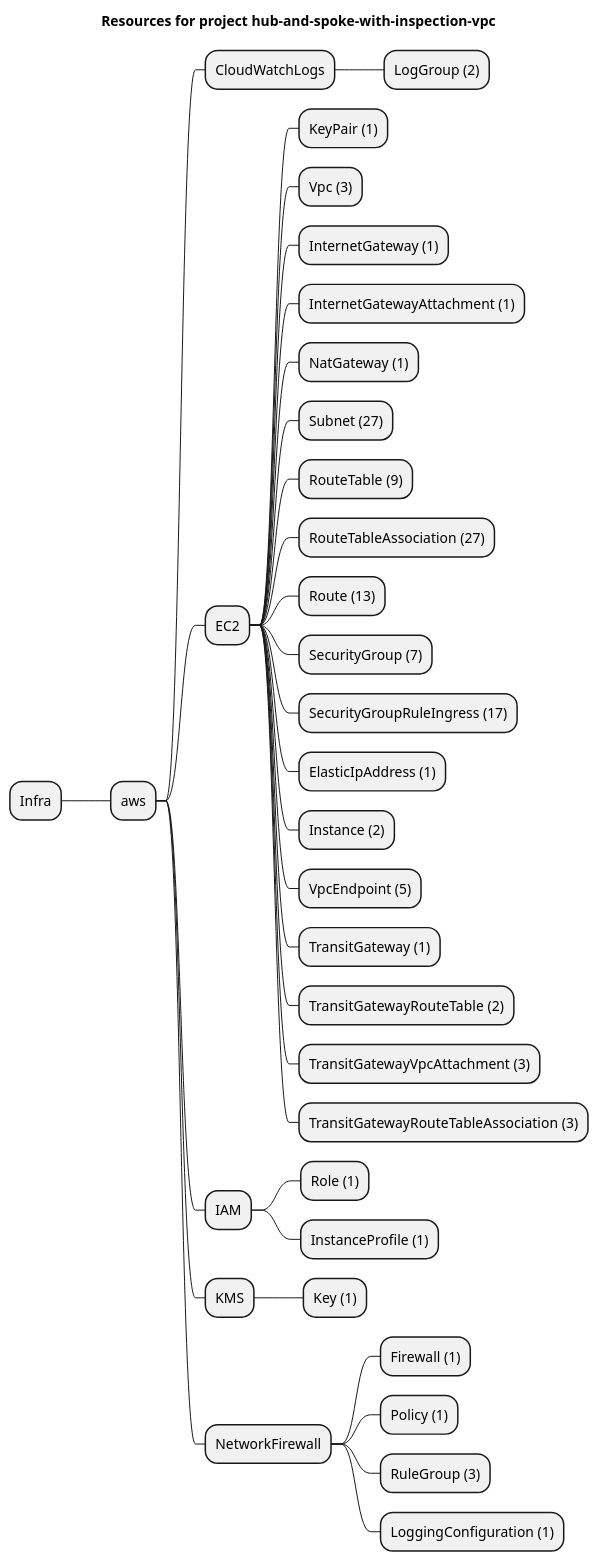
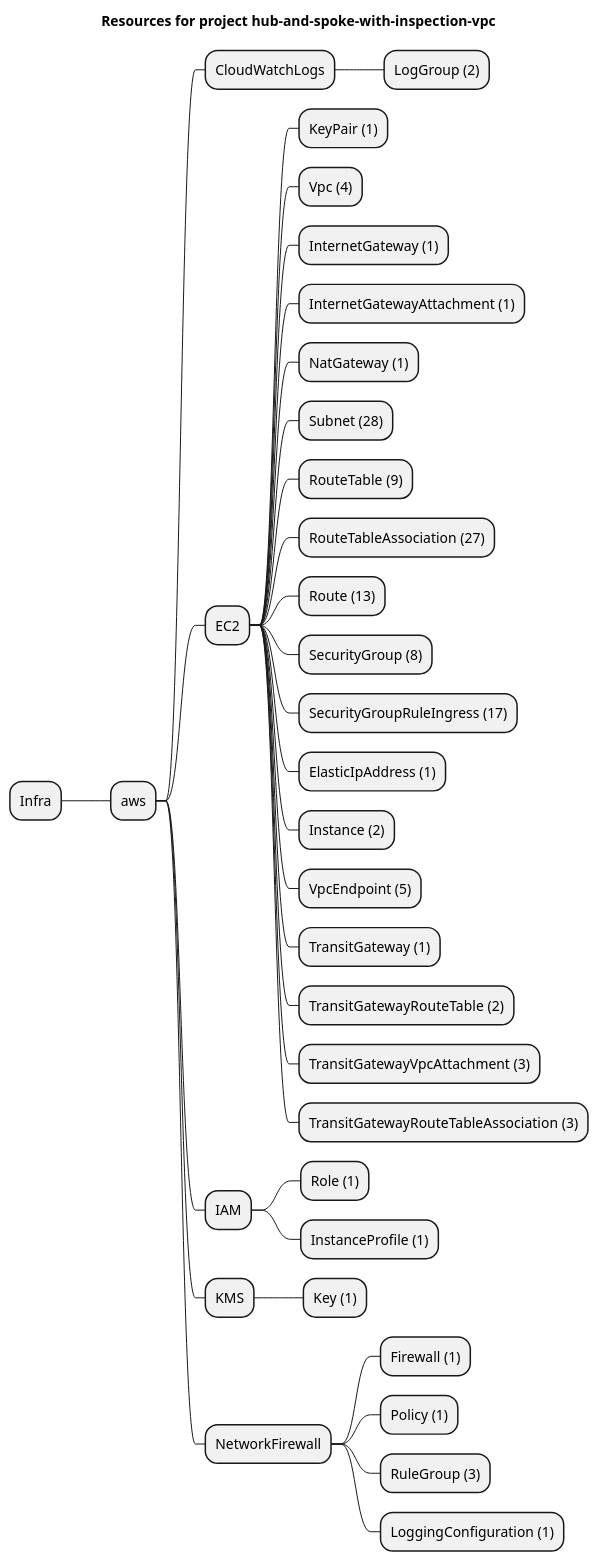
Before and after one commit to grucloud/grucloud: the diagram in examples/aws/EC2/hub-and-spoke-with-inspection-vpc/artifacts/resources-mindmap.puml, drawn with PlantUML. The commit also changed 52 other files, not shown here.

```diff
--- a/examples/aws/EC2/hub-and-spoke-with-inspection-vpc/artifacts/resources-mindmap.puml
+++ b/examples/aws/EC2/hub-and-spoke-with-inspection-vpc/artifacts/resources-mindmap.puml
@@ -1,37 +1,37 @@
 @startmindmap
 title Resources for project hub-and-spoke-with-inspection-vpc
 skinparam monochrome true
 + Infra
 ++ aws
 +++ CloudWatchLogs
 ++++ LogGroup (2)
 +++ EC2
 ++++ KeyPair (1)
-++++ Vpc (3)
+++++ Vpc (4)
 ++++ InternetGateway (1)
 ++++ InternetGatewayAttachment (1)
 ++++ NatGateway (1)
-++++ Subnet (27)
+++++ Subnet (28)
 ++++ RouteTable (9)
 ++++ RouteTableAssociation (27)
 ++++ Route (13)
-++++ SecurityGroup (7)
+++++ SecurityGroup (8)
 ++++ SecurityGroupRuleIngress (17)
 ++++ ElasticIpAddress (1)
 ++++ Instance (2)
 ++++ VpcEndpoint (5)
 ++++ TransitGateway (1)
 ++++ TransitGatewayRouteTable (2)
 ++++ TransitGatewayVpcAttachment (3)
 ++++ TransitGatewayRouteTableAssociation (3)
 +++ IAM
 ++++ Role (1)
 ++++ InstanceProfile (1)
 +++ KMS
 ++++ Key (1)
 +++ NetworkFirewall
 ++++ Firewall (1)
 ++++ Policy (1)
 ++++ RuleGroup (3)
 ++++ LoggingConfiguration (1)
 @endmindmap
```
